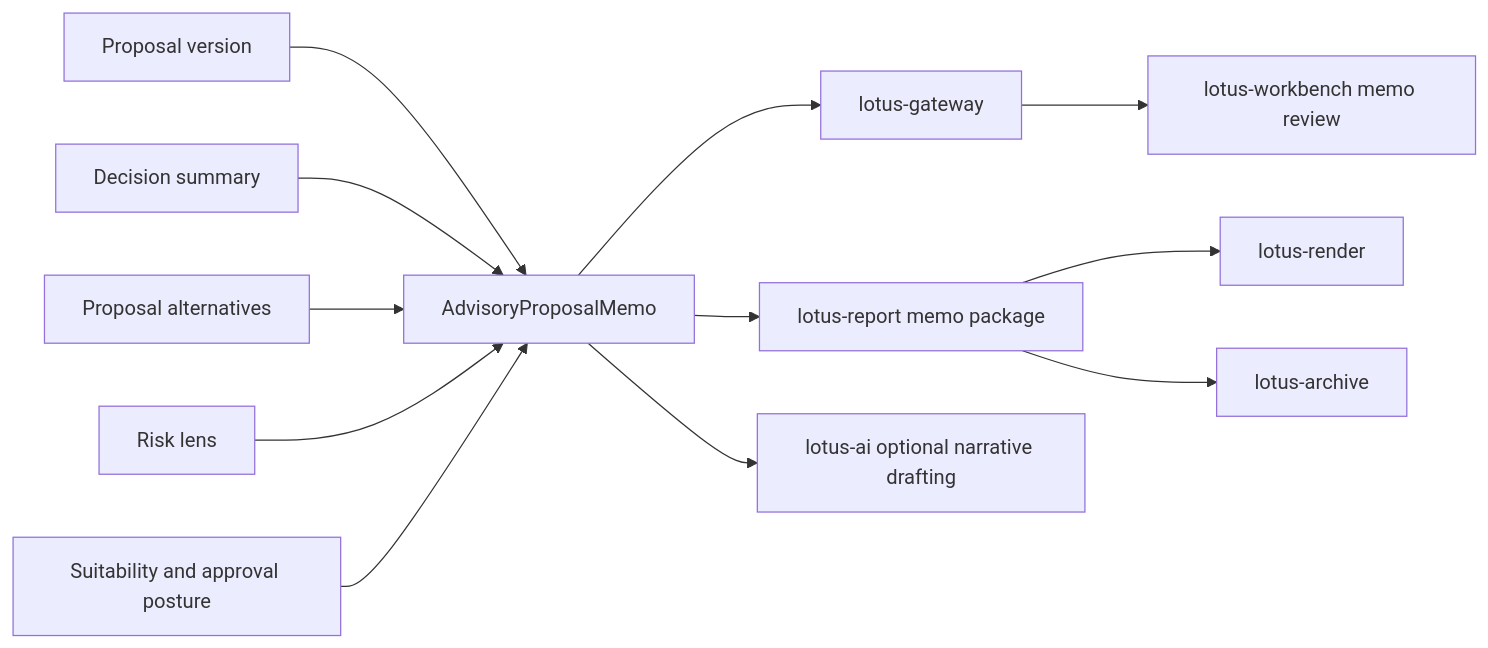
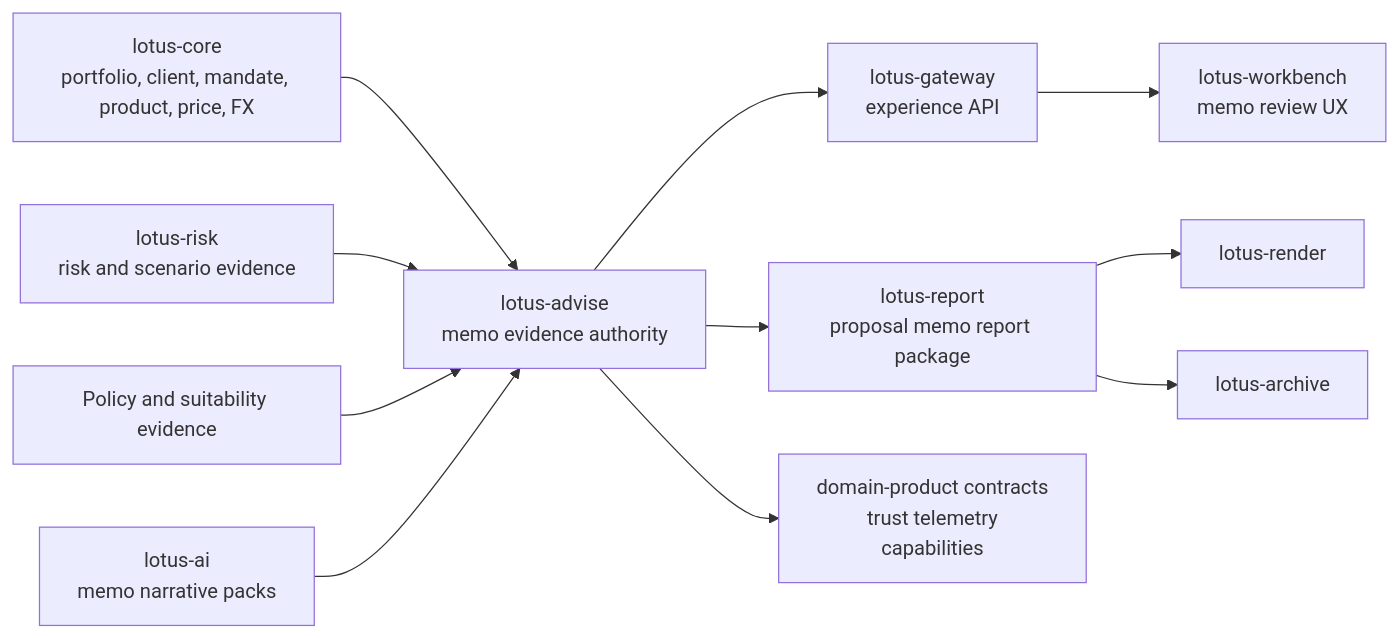
The diagram in docs/rfcs/RFC-0024-advisor-proposal-memo-and-evidence-pack.md (sgajbi/lotus-advise), drawn with Mermaid before and after one commit. The commit also changed other lines of this file, not shown here.

````diff
--- a/docs/rfcs/RFC-0024-advisor-proposal-memo-and-evidence-pack.md
+++ b/docs/rfcs/RFC-0024-advisor-proposal-memo-and-evidence-pack.md
@@ -268,14 +345,13 @@
 ```mermaid
 flowchart LR
-    Proposal[Proposal version] --> Memo[AdvisoryProposalMemo]
-    Decision[Decision summary] --> Memo
-    Alternatives[Proposal alternatives] --> Memo
-    Risk[Risk lens] --> Memo
-    Policy[Suitability and approval posture] --> Memo
-    Memo --> Gateway[lotus-gateway]
-    Gateway --> Workbench[lotus-workbench memo review]
-    Memo --> Report[lotus-report memo package]
+    Core[lotus-core<br/>portfolio, client, mandate, product, price, FX] --> Advise[lotus-advise<br/>memo evidence authority]
+    Risk[lotus-risk<br/>risk and scenario evidence] --> Advise
+    Policy[Policy and suitability evidence] --> Advise
+    AI[lotus-ai<br/>memo narrative packs] --> Advise
+    Advise --> Gateway[lotus-gateway<br/>experience API]
+    Gateway --> Workbench[lotus-workbench<br/>memo review UX]
+    Advise --> Report[lotus-report<br/>proposal memo report package]
     Report --> Render[lotus-render]
     Report --> Archive[lotus-archive]
-    Memo --> AI[lotus-ai optional narrative drafting]
+    Advise --> Mesh[domain-product contracts<br/>trust telemetry<br/>capabilities]
 ```
````
